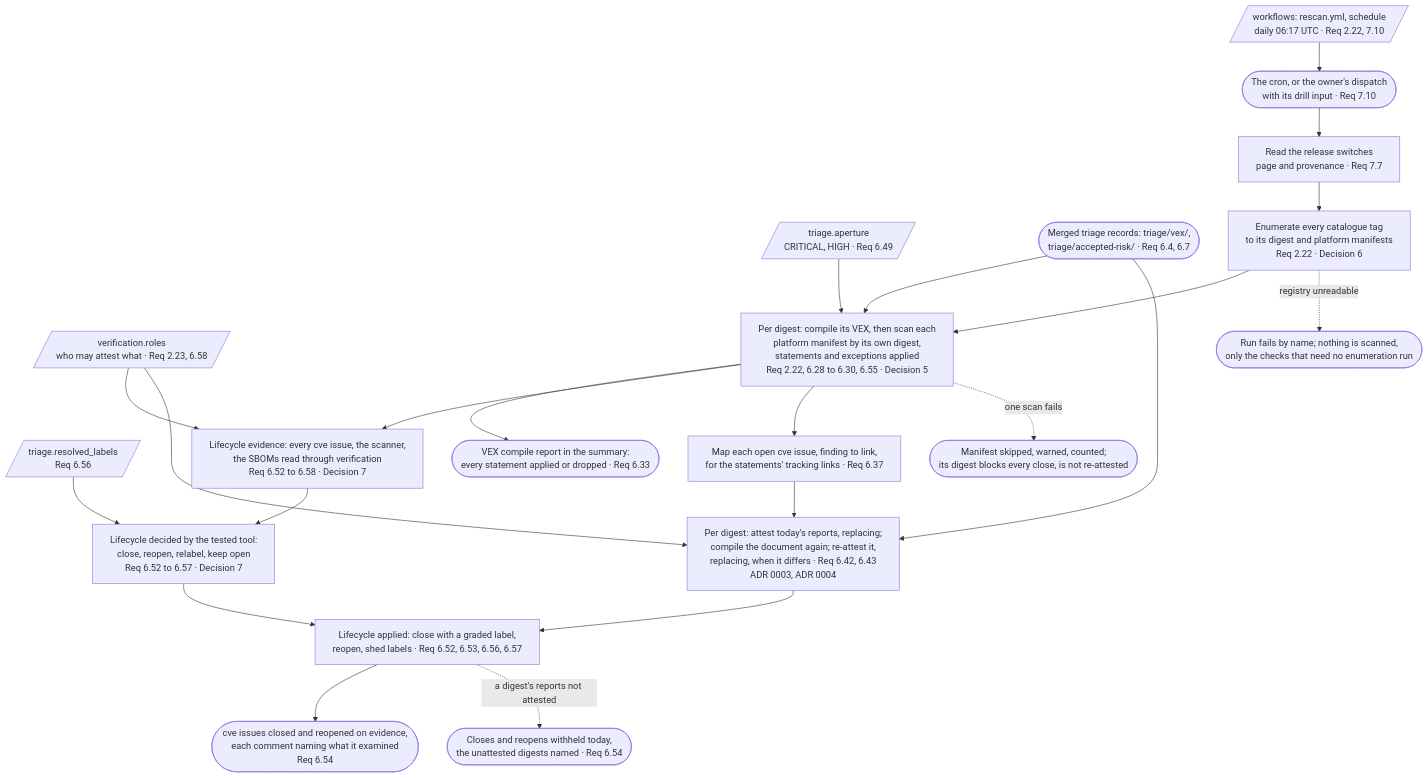
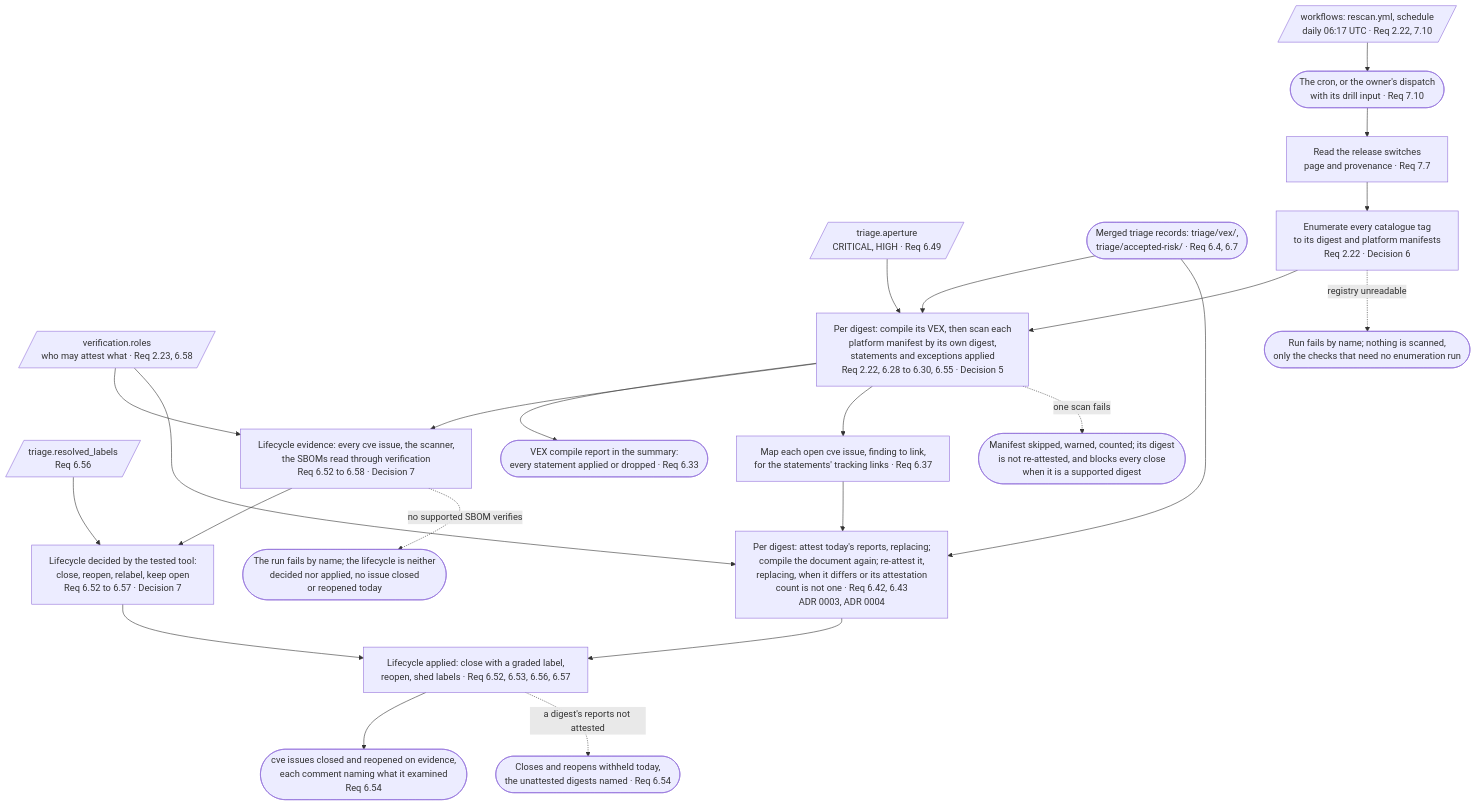
One commit to mm-weber/dhc-pipeline changed diagram 19 of 31 in docs/lanes.md. Above: the diagram before and after it, drawn with Mermaid. The commit also changed other lines of this file, not shown here.

````diff
--- a/docs/lanes.md
+++ b/docs/lanes.md
@@ -708,38 +711,40 @@
 ```mermaid
 %%{init: {"flowchart": {"wrappingWidth": 340}}}%%
 flowchart TB
     SCHED[/"workflows: rescan.yml, schedule<br/>daily 06:17 UTC · Req 2.22, 7.10"/]
     AP[/"triage.aperture<br/>CRITICAL, HIGH · Req 6.49"/]
     ROLES[/"verification.roles<br/>who may attest what · Req 2.23, 6.58"/]
     LBL[/"triage.resolved_labels<br/>Req 6.56"/]
     IN(["The cron, or the owner's dispatch<br/>with its drill input · Req 7.10"])
     TRI(["Merged triage records: triage/vex/,<br/>triage/accepted-risk/ · Req 6.4, 6.7"])
     SW["Read the release switches<br/>page and provenance · Req 7.7"]
     ENUM["Enumerate every catalogue tag<br/>to its digest and platform manifests<br/>Req 2.22 · Decision 6"]
     SCAN["Per digest: compile its VEX, then scan each<br/>platform manifest by its own digest,<br/>statements and exceptions applied<br/>Req 2.22, 6.28 to 6.30, 6.55 · Decision 5"]
     EV["Lifecycle evidence: every cve issue, the scanner,<br/>the SBOMs read through verification<br/>Req 6.52 to 6.58 · Decision 7"]
     DEC["Lifecycle decided by the tested tool:<br/>close, reopen, relabel, keep open<br/>Req 6.52 to 6.57 · Decision 7"]
     MAP["Map each open cve issue, finding to link,<br/>for the statements' tracking links · Req 6.37"]
-    ATT["Per digest: attest today's reports, replacing;<br/>compile the document again; re-attest it,<br/>replacing, when it differs · Req 6.42, 6.43<br/>ADR 0003, ADR 0004"]
+    ATT["Per digest: attest today's reports, replacing;<br/>compile the document again; re-attest it,<br/>replacing, when it differs or its attestation<br/>count is not one · Req 6.42, 6.43<br/>ADR 0003, ADR 0004"]
     APPLY["Lifecycle applied: close with a graded label,<br/>reopen, shed labels · Req 6.52, 6.53, 6.56, 6.57"]
     VEXR(["VEX compile report in the summary:<br/>every statement applied or dropped · Req 6.33"])
     ISS(["cve issues closed and reopened on evidence,<br/>each comment naming what it examined<br/>Req 6.54"])
     ENFAIL(["Run fails by name; nothing is scanned,<br/>only the checks that need no enumeration run"])
-    SKIP(["Manifest skipped, warned, counted;<br/>its digest blocks every close, is not re-attested"])
+    SKIP(["Manifest skipped, warned, counted; its digest<br/>is not re-attested, and blocks every close<br/>when it is a supported digest"])
     HOLD(["Closes and reopens withheld today,<br/>the unattested digests named · Req 6.54"])
+    NOLC(["The run fails by name; the lifecycle is neither<br/>decided nor applied, no issue closed<br/>or reopened today"])
     SCHED --> IN --> SW --> ENUM --> SCAN
     AP --> SCAN
     TRI --> SCAN
     SCAN --> VEXR
     SCAN --> EV --> DEC
     ROLES --> EV
     LBL --> DEC
     SCAN --> MAP --> ATT
     ROLES --> ATT
     TRI --> ATT
     DEC --> APPLY
     ATT --> APPLY --> ISS
     ENUM -.->|registry unreadable| ENFAIL
     SCAN -.->|one scan fails| SKIP
+    EV -.->|no supported SBOM verifies| NOLC
     APPLY -.->|a digest's reports not attested| HOLD
 ```
````
